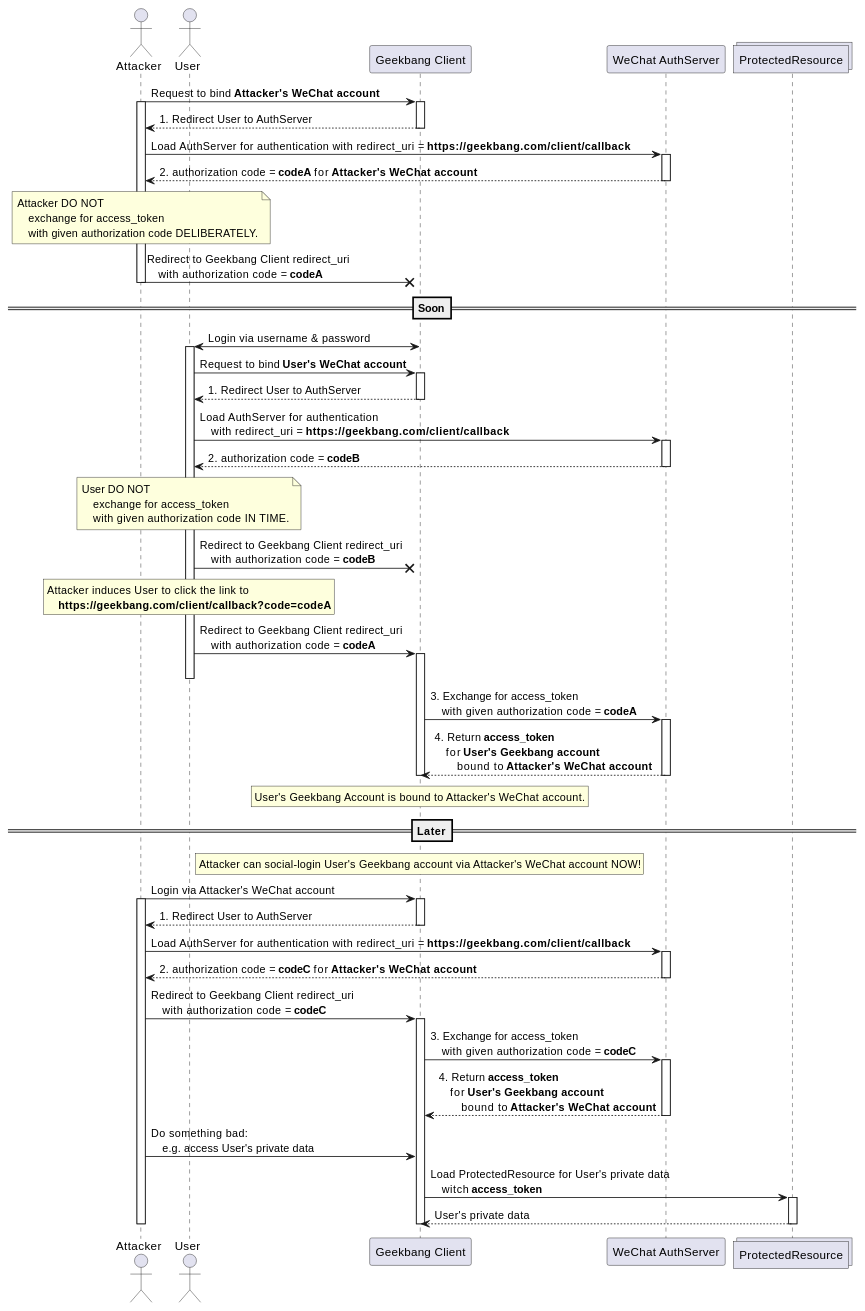
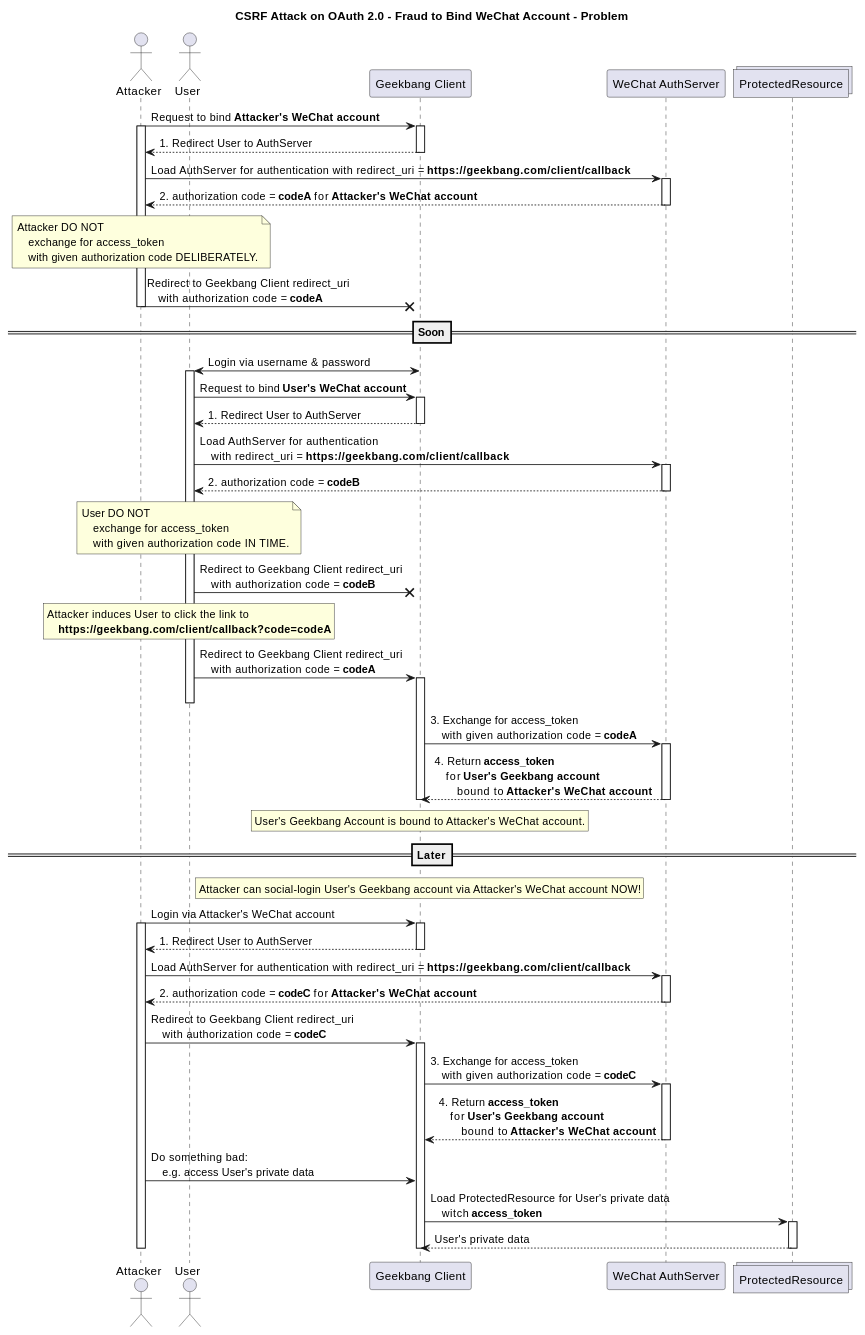
One commit to IceHe/lib changed the first of 2 diagrams in auth/csrf-attack-on-oauth.md. Above: the diagram before and after it, drawn with PlantUML. The commit also changed other lines of this file and 1 other file, not shown here.

Commit message:
2021-11-04 21:21:28 Thu

````diff
--- a/auth/csrf-attack-on-oauth.md
+++ b/auth/csrf-attack-on-oauth.md
@@ -7,5 +7,8 @@
 ```plantuml
 @startuml
+
+title CSRF Attack on OAuth 2.0 - Fraud to Bind WeChat Account - Problem
+
 actor attacker as "Attacker"
 actor user as "User"
 
````
